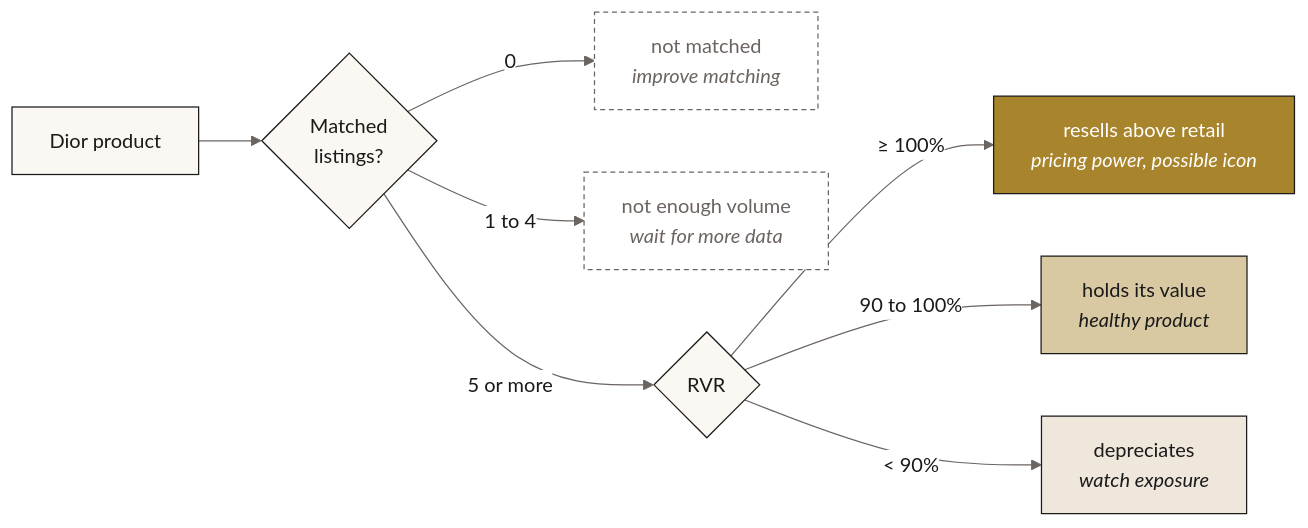
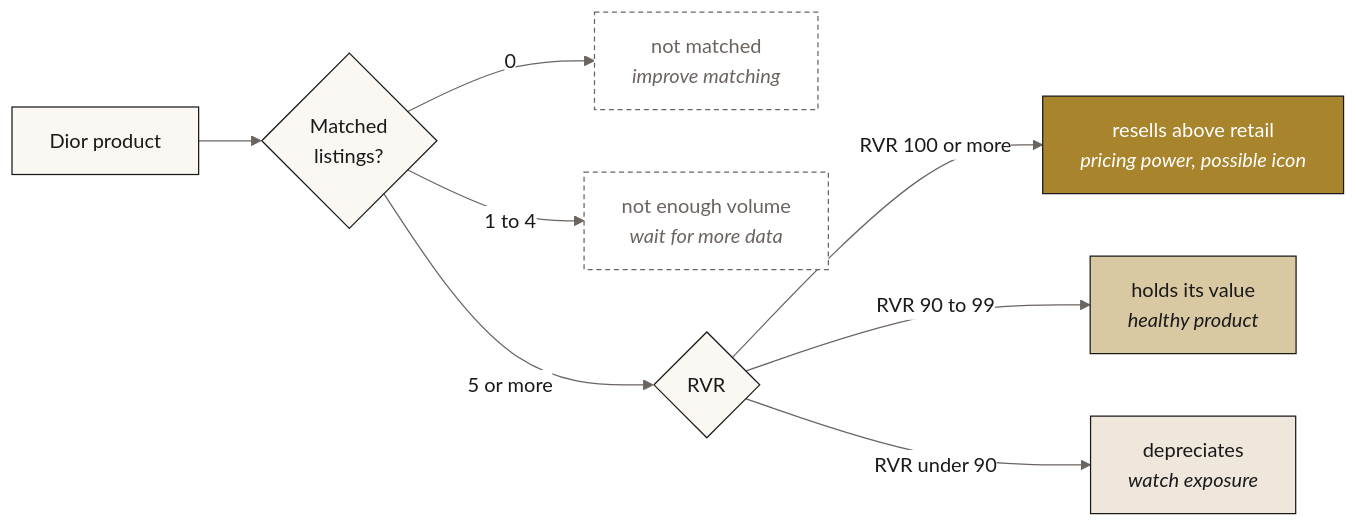
The second of 3 diagrams in README.en.md (MosesKing/dior-rvr-dbt), drawn with Mermaid before and after one commit. The commit also changed other lines of this file and 1 other file, not shown here.

Commit message:
README: simpler architecture diagram, fix decision labels

````diff
--- a/README.en.md
+++ b/README.en.md
@@ -136,20 +118,20 @@
 ```mermaid
 %%{init: {'theme':'base','themeVariables':{'primaryColor':'#FBF8F3','primaryBorderColor':'#1A1A1A','primaryTextColor':'#1A1A1A','lineColor':'#6B6460','clusterBkg':'#F4EFE7','clusterBorder':'#D9D2C7','edgeLabelBackground':'#FFFFFF','fontFamily':'Helvetica, Arial, sans-serif'}}}%%
 flowchart LR
     A[Dior product] --> B{Matched<br/>listings?}
     B -- 0 --> C[not matched<br/><i>improve matching</i>]
     B -- 1 to 4 --> D[not enough volume<br/><i>wait for more data</i>]
     B -- 5 or more --> E{RVR}
-    E -- "≥ 100%" --> F[resells above retail<br/><i>pricing power, possible icon</i>]
-    E -- "90 to 100%" --> G[holds its value<br/><i>healthy product</i>]
-    E -- "< 90%" --> H[depreciates<br/><i>watch exposure</i>]
+    E -- "RVR 100 or more" --> F[resells above retail<br/><i>pricing power, possible icon</i>]
+    E -- "RVR 90 to 99" --> G[holds its value<br/><i>healthy product</i>]
+    E -- "RVR under 90" --> H[depreciates<br/><i>watch exposure</i>]
 
     classDef up fill:#A8842C,stroke:#1A1A1A,color:#FFFFFF
     classDef keep fill:#D9C9A3,stroke:#1A1A1A,color:#1A1A1A
     classDef down fill:#EFE7DC,stroke:#1A1A1A,color:#1A1A1A
     classDef wait fill:#FFFFFF,stroke:#6B6460,color:#6B6460,stroke-dasharray: 4 3
     class F up
     class G keep
     class H down
     class C,D wait
 ```
````
